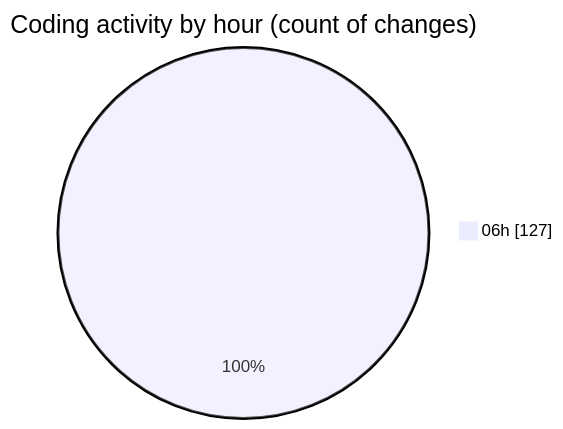
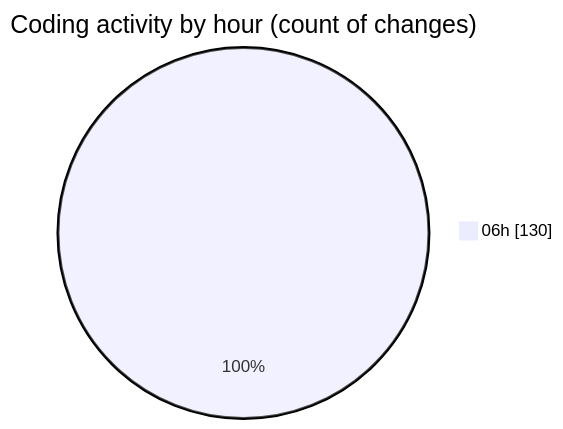
Before and after one commit to vahidmafi/code-tracking: the second of 2 diagrams in 2025-11-09/shop/README.md, drawn with Mermaid. The commit also changed other lines of this file and 1 other file, not shown here.

````diff
--- a/2025-11-09/shop/README.md
+++ b/2025-11-09/shop/README.md
@@ -89,5 +90,5 @@
 ```mermaid
 pie showData
 title Coding activity by hour (count of changes)
-"06h" : 127
+"06h" : 130
 ```
````
